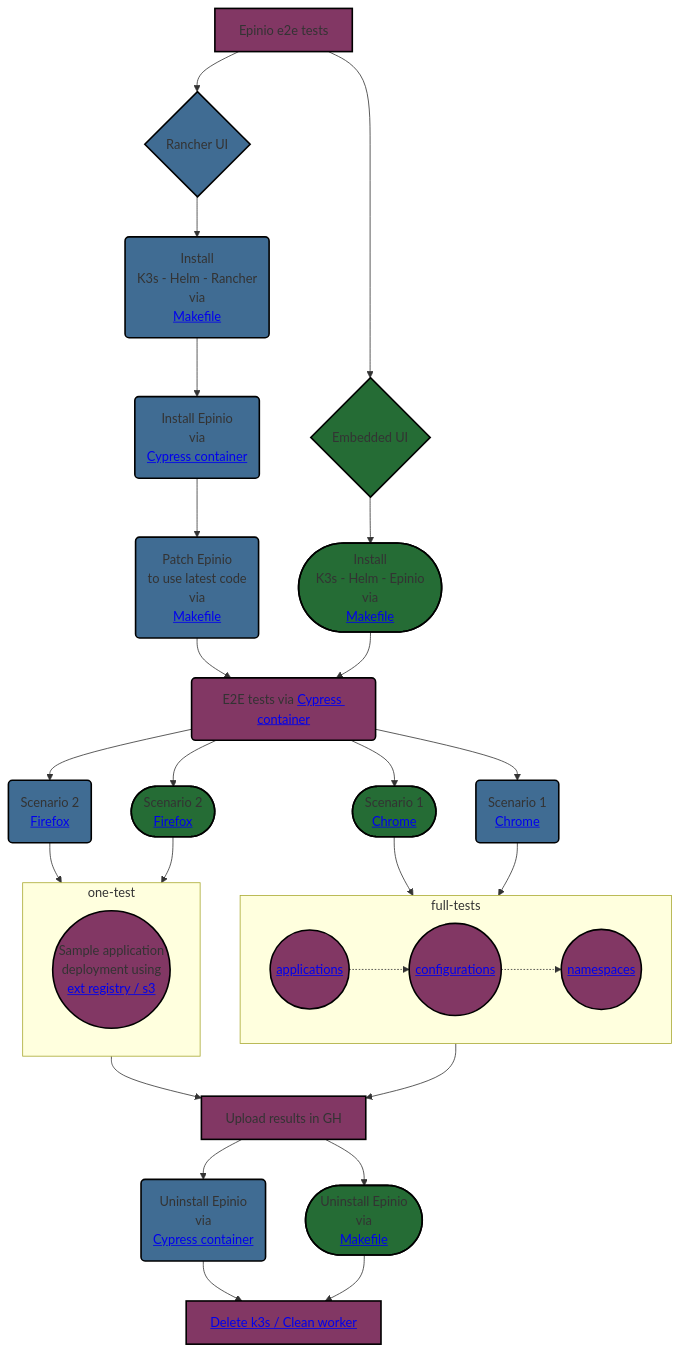
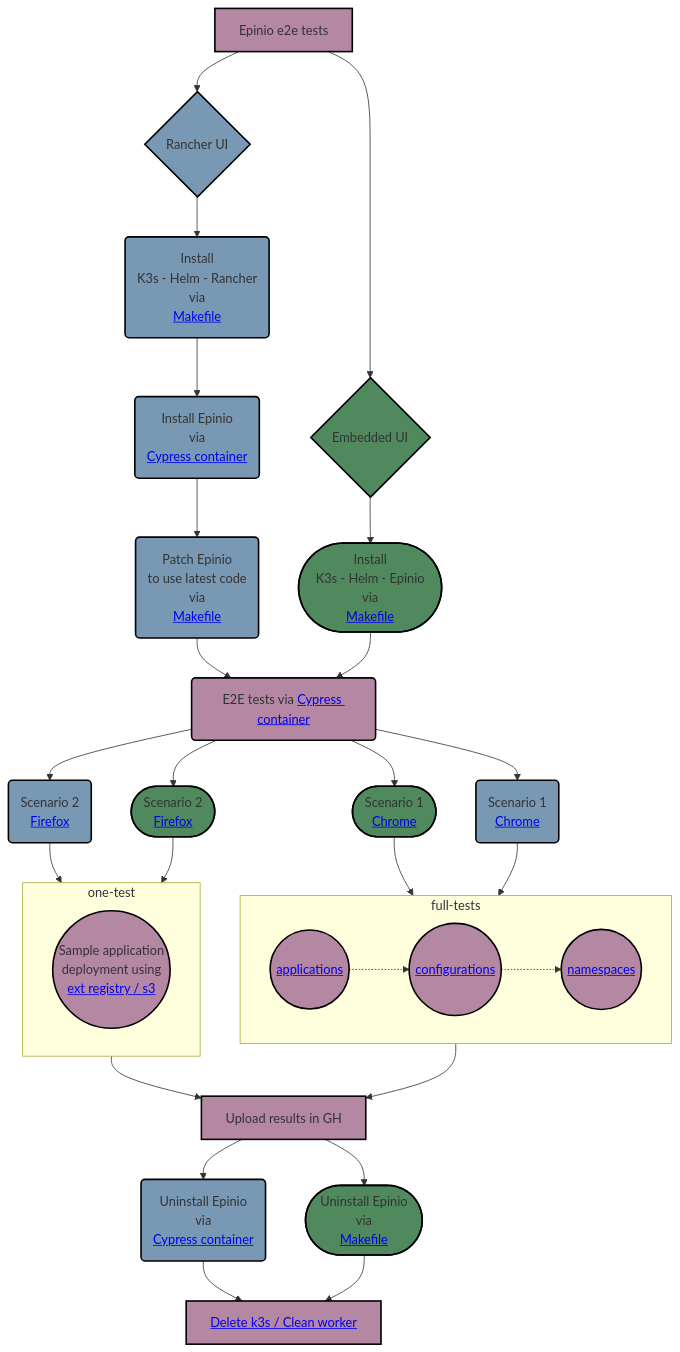
One commit to epinio/epinio-end-to-end-tests changed the second of 2 diagrams in README.md. Above: the diagram before and after it, drawn with Mermaid. The commit also changed other lines of this file, not shown here.

First line of the commit message:
readability tweaks - no changes to technical content - phrasing, sentence structure - diagram colors made much lighter (*)

````diff
--- a/README.md
+++ b/README.md
@@ -84,49 +116,47 @@
 ```mermaid
-
 flowchart TB;
     %% Rancher UI part
     A[Epinio e2e tests]:::common --> B{Rancher UI}:::rancherUI
     B --> C(Install </br> K3s - Helm - Rancher </br> via </br> <a href='https://github.com/epinio/epinio-end-to-end-tests/blob/main/.github/workflows/master_rancher_ui_workflow.yml#L59-L78'>Makefile</a>):::rancherUI
     C --> D(Install Epinio </br> via </br> <a href='https://github.com/epinio/epinio-end-to-end-tests/blob/main/.github/workflows/master_rancher_ui_workflow.yml#L84-L130'>Cypress container</a>):::rancherUI
     D --> E(Patch Epinio </br> to use latest code </br> via </br> <a href='https://github.com/epinio/epinio-end-to-end-tests/blob/main/.github/workflows/master_rancher_ui_workflow.yml#L132-L170'>Makefile</a>):::rancherUI
     J --> S(Uninstall Epinio </br> via </br> <a href='https://github.com/epinio/epinio-end-to-end-tests/blob/main/.github/workflows/master_rancher_ui_workflow.yml#L196'>Cypress container</a>):::rancherUI
 
     %% Common part
     E --> F(E2E tests via <a href='https://github.com/epinio/epinio-end-to-end-tests/blob/main/.github/workflows/master_rancher_ui_workflow.yml#L173-L214'>Cypress container</a>):::common
     F --> G(Scenario 1 </br> <a href='https://github.com/epinio/epinio-end-to-end-tests/blob/main/.github/workflows/scenario_1_chrome_rancher_ui.yml'>Chrome</a>):::rancherUI
     F --> H(Scenario 2 </br> <a href='https://github.com/epinio/epinio-end-to-end-tests/blob/main/.github/workflows/scenario_2_firefox_rancher_ui.yml'>Firefox</a>):::rancherUI
     F --> U([Scenario 1 </br> <a href='https://github.com/epinio/epinio-end-to-end-tests/blob/main/.github/workflows/scenario_1_chrome_std_ui.yml'>Chrome</a>]):::stdUI
     F --> V([Scenario 2 </br> <a href='https://github.com/epinio/epinio-end-to-end-tests/blob/main/.github/workflows/scenario_2_firefox_std_ui.yml'>Firefox</a>]):::stdUI
     
     subgraph one-test
       I((Sample application </br> deployment using</br> <a href='https://github.com/epinio/epinio-end-to-end-tests/blob/main/cypress/integration/scenarios/with_s3_and_external_registry.spec.ts'>ext registry / s3</a>)):::common
     end
     H --> one-test
     V --> one-test
     one-test --> J[Upload results in GH]:::common
 
     subgraph full-tests
       direction LR
       O((<a href='https://github.com/epinio/epinio-end-to-end-tests/blob/main/cypress/integration/unit_tests/applications.spec.ts'>applications</a>)):::common
       Q((<a href='https://github.com/epinio/epinio-end-to-end-tests/blob/main/cypress/integration/unit_tests/configurations.spec.ts'>configurations</a>)):::common
       R((<a href='https://github.com/epinio/epinio-end-to-end-tests/blob/main/cypress/integration/unit_tests/namespaces.spec.ts'>namespaces</a>)):::common
       O -.-> Q -.-> R
     end
     U --> full-tests
     G --> full-tests
     full-tests --> J
     S --> T[ <a href='https://github.com/epinio/epinio-end-to-end-tests/blob/main/.github/workflows/master_rancher_ui_workflow.yml#L222-L229'>Delete k3s / Clean worker</a>]:::common
 
     %% Standalone UI part
      A --> B1{Embedded UI}:::stdUI
      B1 --> C1([Install </br> K3s - Helm - Epinio </br> via </br> <a href='https://github.com/epinio/epinio-end-to-end-tests/blob/main/.github/workflows/master_std_ui_workflow.yml#L70-L89'>Makefile</a>]):::stdUI
      C1 --> F
      J --> D1([Uninstall Epinio </br> via </br> <a href='https://github.com/epinio/epinio-end-to-end-tests/blob/main/.github/workflows/master_std_ui_workflow.yml#L144-L149'>Makefile</a>]):::stdUI
      D1 --> T
 
      %% CSS definition
-classDef stdUI fill:#256C35,stroke:#000000,stroke-width:2px;
-classDef rancherUI fill:#406c93,stroke:#000000,stroke-width:2px;
-classDef common fill:#823764,stroke:#000000,stroke-width:2px;
-
+classDef rancherUI fill:#7998b3,stroke:#000000,stroke-width:2px;
+classDef common    fill:#b487a2,stroke:#000000,stroke-width:2px;
+classDef stdUI     fill:#50895d,stroke:#000000,stroke-width:2px;
 ```
````
